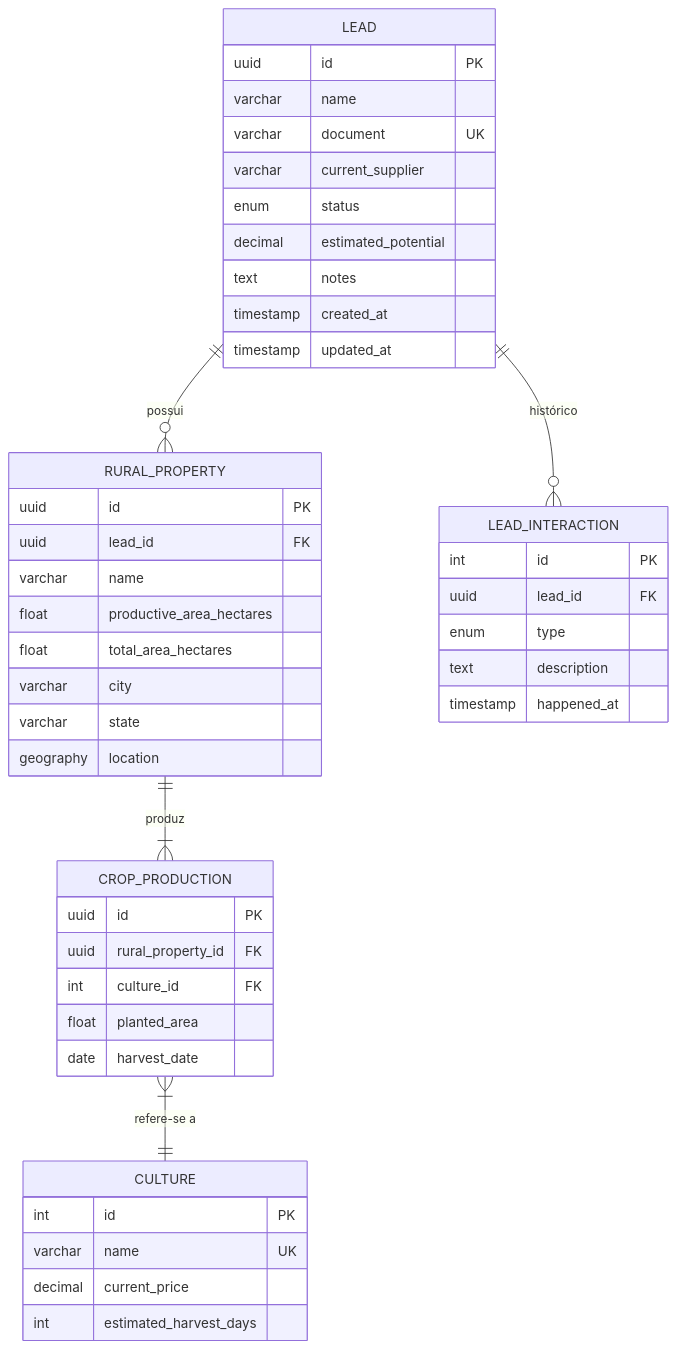
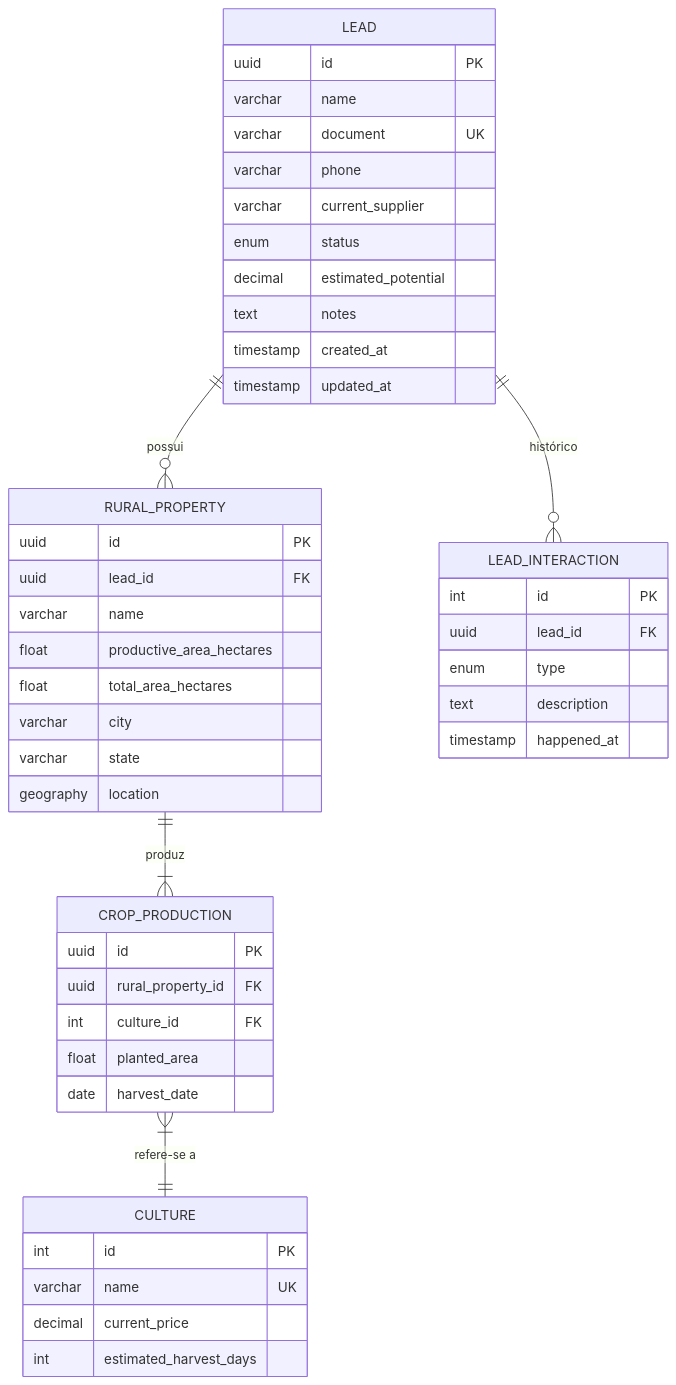
One commit to Igorjr19/tmdigital changed the diagram in docs/er_diagram.md. Above: the diagram before and after it, drawn with Mermaid.

Commit message:
feat: update er diagram

````diff
--- a/docs/er_diagram.md
+++ b/docs/er_diagram.md
@@ -1,53 +1,54 @@
 ```mermaid
 erDiagram
     LEAD ||--o{ RURAL_PROPERTY : "possui"
     LEAD ||--o{ LEAD_INTERACTION : "histórico"
     RURAL_PROPERTY ||--|{ CROP_PRODUCTION : "produz"
     CROP_PRODUCTION }|--|| CULTURE : "refere-se a"
 
     LEAD {
         uuid id PK
         varchar name
         varchar document UK
+        varchar phone
         varchar current_supplier
         enum status
         decimal estimated_potential
         text notes
         timestamp created_at
         timestamp updated_at
     }
 
     RURAL_PROPERTY {
         uuid id PK
         uuid lead_id FK
         varchar name
         float productive_area_hectares
         float total_area_hectares
         varchar city
         varchar state
         geography location
     }
 
     CROP_PRODUCTION {
         uuid id PK
         uuid rural_property_id FK
         int culture_id FK
         float planted_area
         date harvest_date
     }
 
     CULTURE {
         int id PK
         varchar name UK
         decimal current_price
         int estimated_harvest_days
     }
 
     LEAD_INTERACTION {
         int id PK
         uuid lead_id FK
         enum type
         text description
         timestamp happened_at
     }
 ```
````
